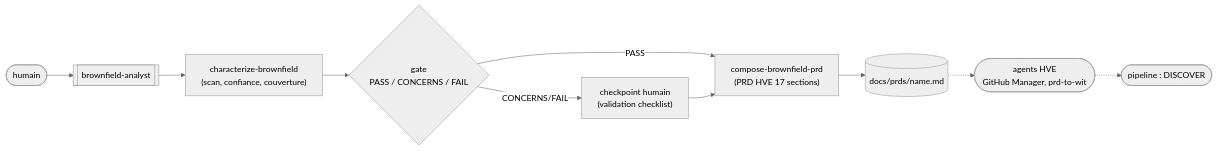
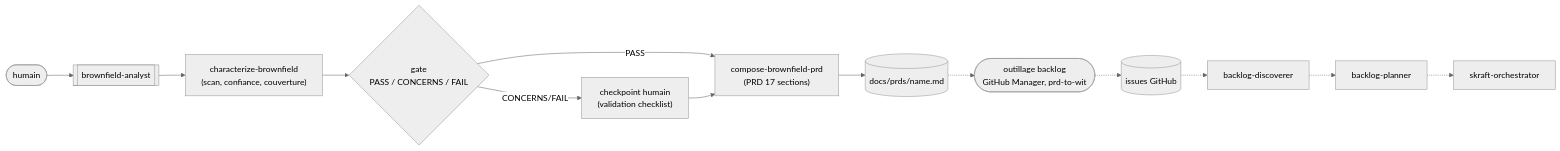
One commit to SebastienDegodez/skraft-plugin changed the first of 3 diagrams in docs/site/fr/explanation/brownfield.md. Above: the diagram before and after it, drawn with Mermaid (neutral theme). The commit also changed other lines of this file and 820 other files, not shown here.

````diff
--- a/docs/site/fr/explanation/brownfield.md
+++ b/docs/site/fr/explanation/brownfield.md
@@ -39,12 +51,15 @@
 ```mermaid
 flowchart LR
     H(["humain"]) --> BA[["brownfield-analyst"]]
     BA --> CB["characterize-brownfield<br/>(scan, confiance, couverture)"]
     CB --> G{"gate<br/>PASS / CONCERNS / FAIL"}
     G -->|CONCERNS/FAIL| CHK["checkpoint humain<br/>(validation checklist)"]
-    G -->|PASS| CP["compose-brownfield-prd<br/>(PRD HVE 17 sections)"]
+    G -->|PASS| CP["compose-brownfield-prd<br/>(PRD 17 sections)"]
     CHK --> CP
     CP --> PRD[("docs/prds/name.md")]
-    PRD -.-> HVE(["agents HVE<br/>GitHub Manager, prd-to-wit"])
-    HVE -.-> DISCOVER(["pipeline : DISCOVER"])
+    PRD -.-> BLT(["outillage backlog<br/>GitHub Manager, prd-to-wit"])
+    BLT -.-> ISSUES[("issues GitHub")]
+    ISSUES -.-> BD["backlog-discoverer"]
+    BD -.-> BP["backlog-planner"]
+    BP -.-> ORCH["skraft-orchestrator"]
 ```
````
